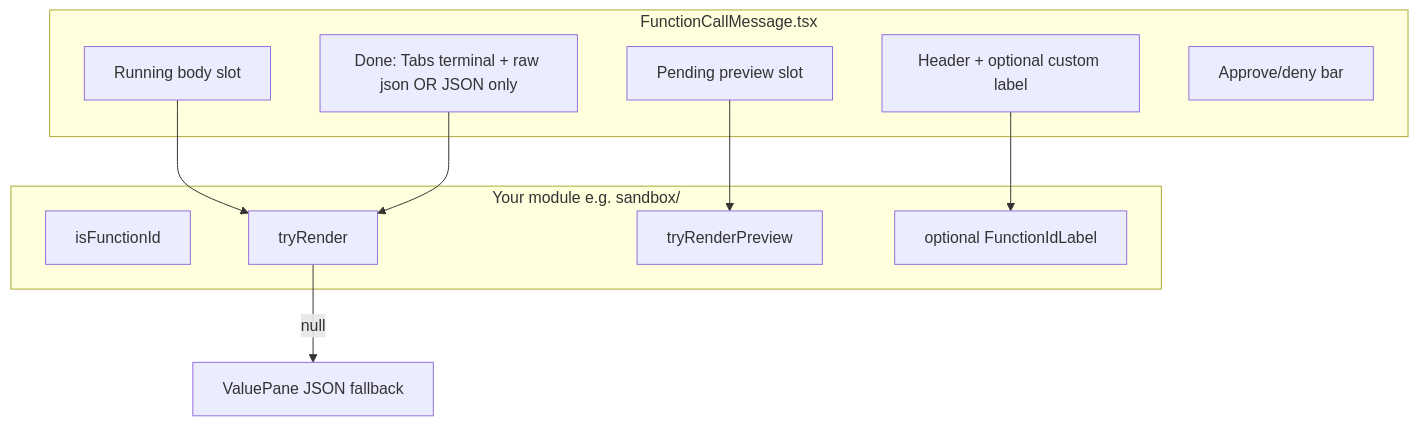
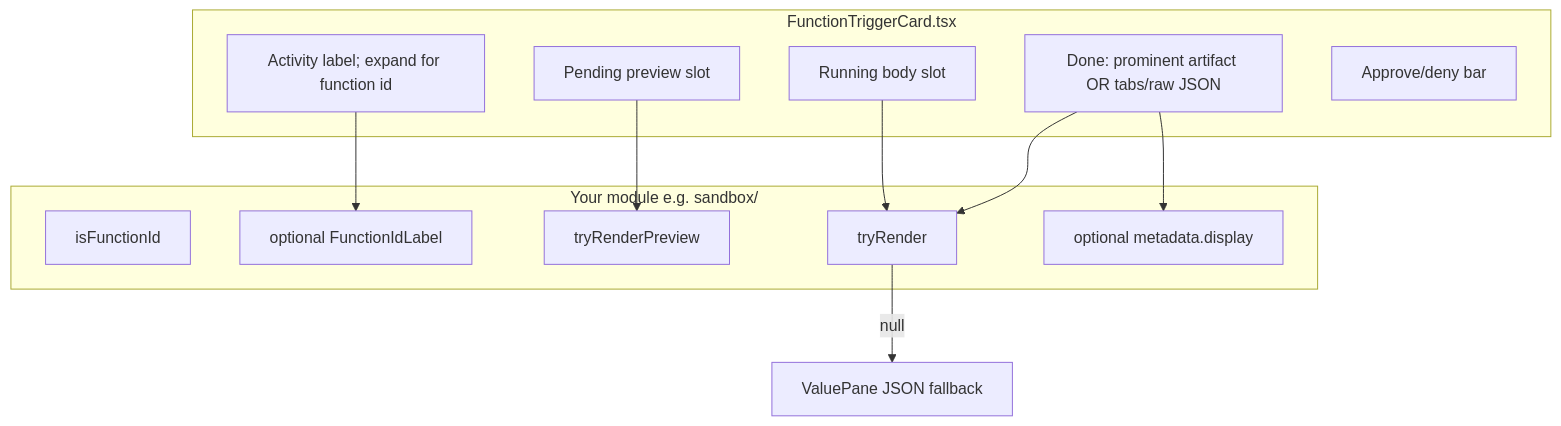
The diagram in console/web/docs/custom-function-components.md (iii-hq/workers), drawn with Mermaid before and after one commit. The commit also changed other lines of this file and 131 other files, not shown here.

````diff
--- a/console/web/docs/custom-function-components.md
+++ b/console/web/docs/custom-function-components.md
@@ -23,21 +23,23 @@
 ```mermaid
 flowchart TB
-  subgraph host [FunctionCallMessage.tsx]
-    H[Header + optional custom label]
+  subgraph host [FunctionTriggerCard.tsx]
+    H[Activity label; expand for function id]
     P[Pending preview slot]
     R[Running body slot]
-    D[Done: Tabs terminal + raw json OR JSON only]
+    D[Done: prominent artifact OR tabs/raw JSON]
     A[Approve/deny bar]
   end
   subgraph plugin [Your module e.g. sandbox/]
     ID[isFunctionId]
     TR[tryRender]
     TP[tryRenderPreview]
     HL[optional FunctionIdLabel]
+    MD[optional metadata.display]
   end
   H --> HL
   P --> TP
   R --> TR
   D --> TR
+  D --> MD
   TR -->|null| JSON[ValuePane JSON fallback]
 ```
````
